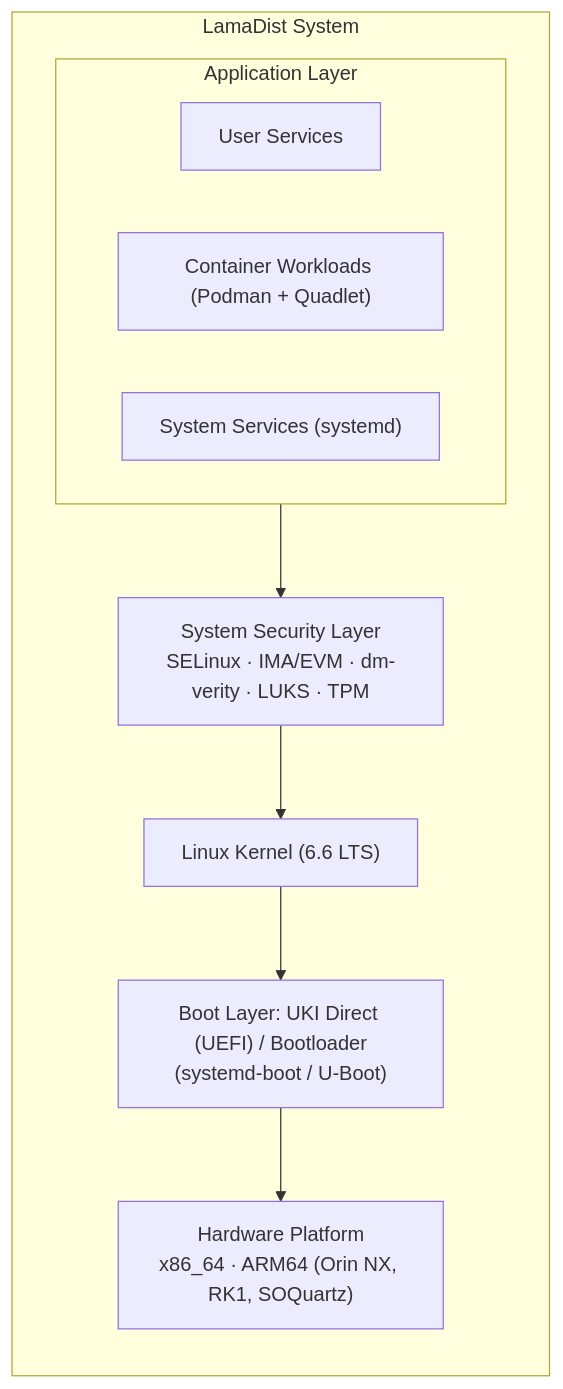
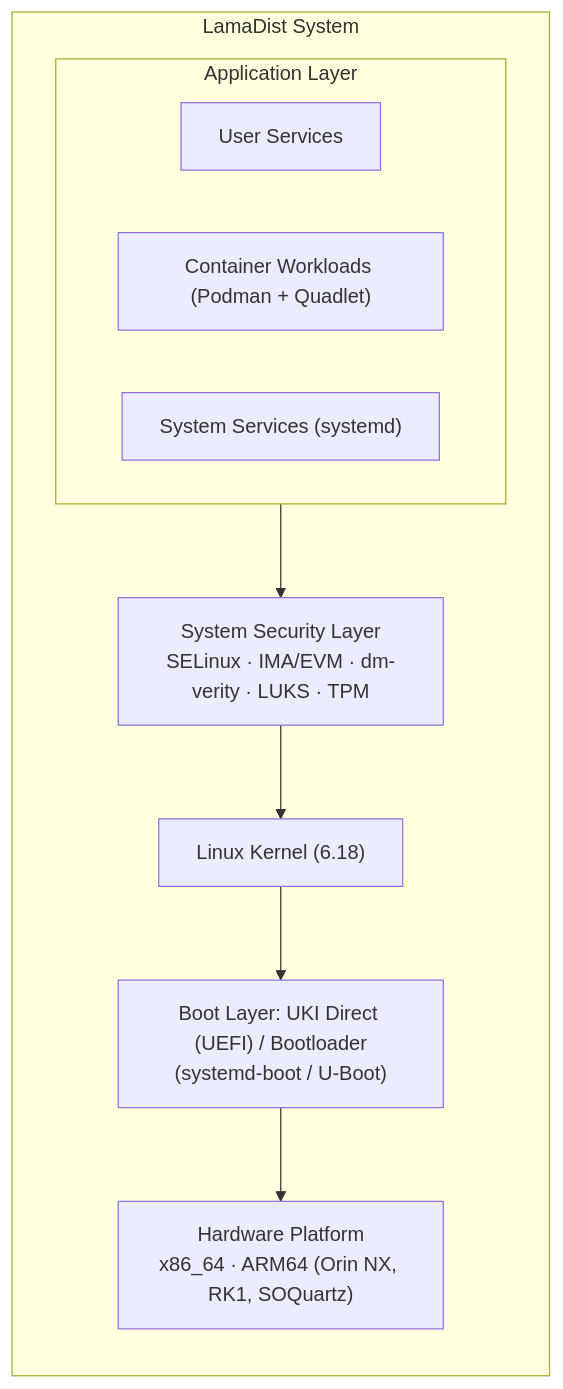
The first of 8 diagrams in docs/ARCHITECTURE.md (LamaGrid/lamadist), drawn with Mermaid before and after one commit. The commit also changed other lines of this file and 3 other files, not shown here.

````diff
--- a/docs/ARCHITECTURE.md
+++ b/docs/ARCHITECTURE.md
@@ -46,16 +46,16 @@
 ```mermaid
 flowchart TD
     subgraph lamadist["LamaDist System"]
         direction TB
         subgraph app["Application Layer"]
             us["User Services"]
             cw["Container Workloads (Podman + Quadlet)"]
             ss["System Services (systemd)"]
         end
         sec["System Security Layer\nSELinux · IMA/EVM · dm-verity · LUKS · TPM"]
-        kernel["Linux Kernel (6.6 LTS)"]
+        kernel["Linux Kernel (6.18)"]
         boot["Boot Layer: UKI Direct (UEFI) / Bootloader\n(systemd-boot / U-Boot)"]
         hw["Hardware Platform\nx86_64 · ARM64 (Orin NX, RK1, SOQuartz)"]
         app --> sec --> kernel --> boot --> hw
     end
 ```
````
